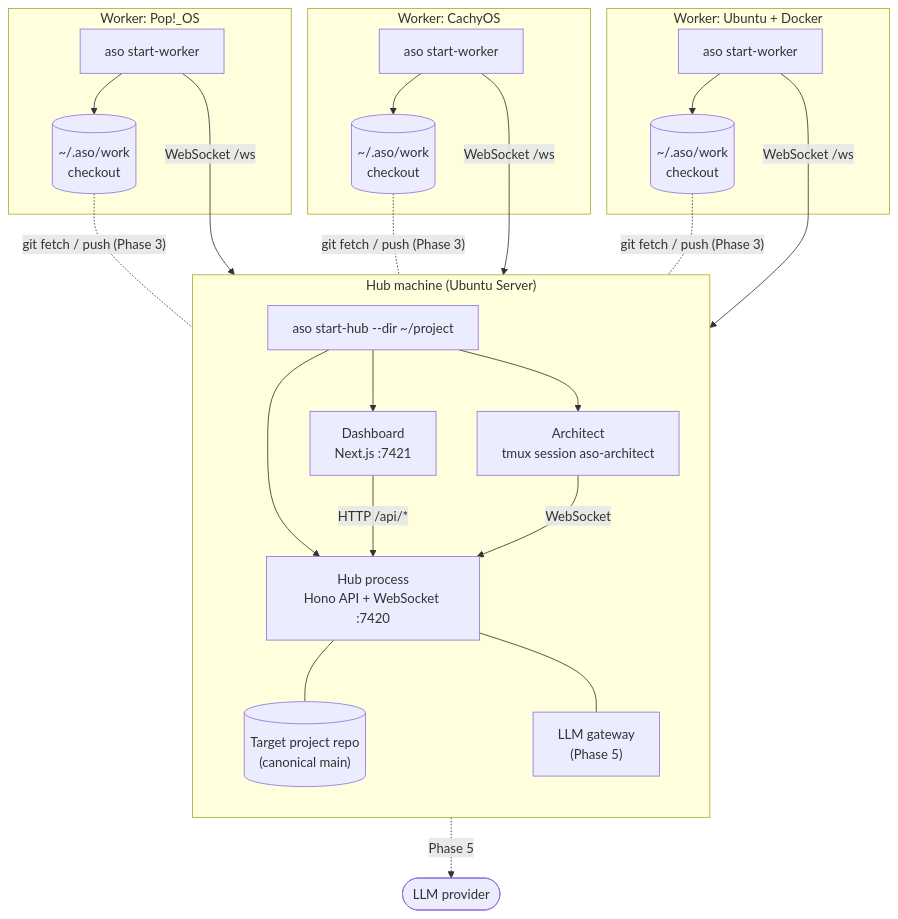
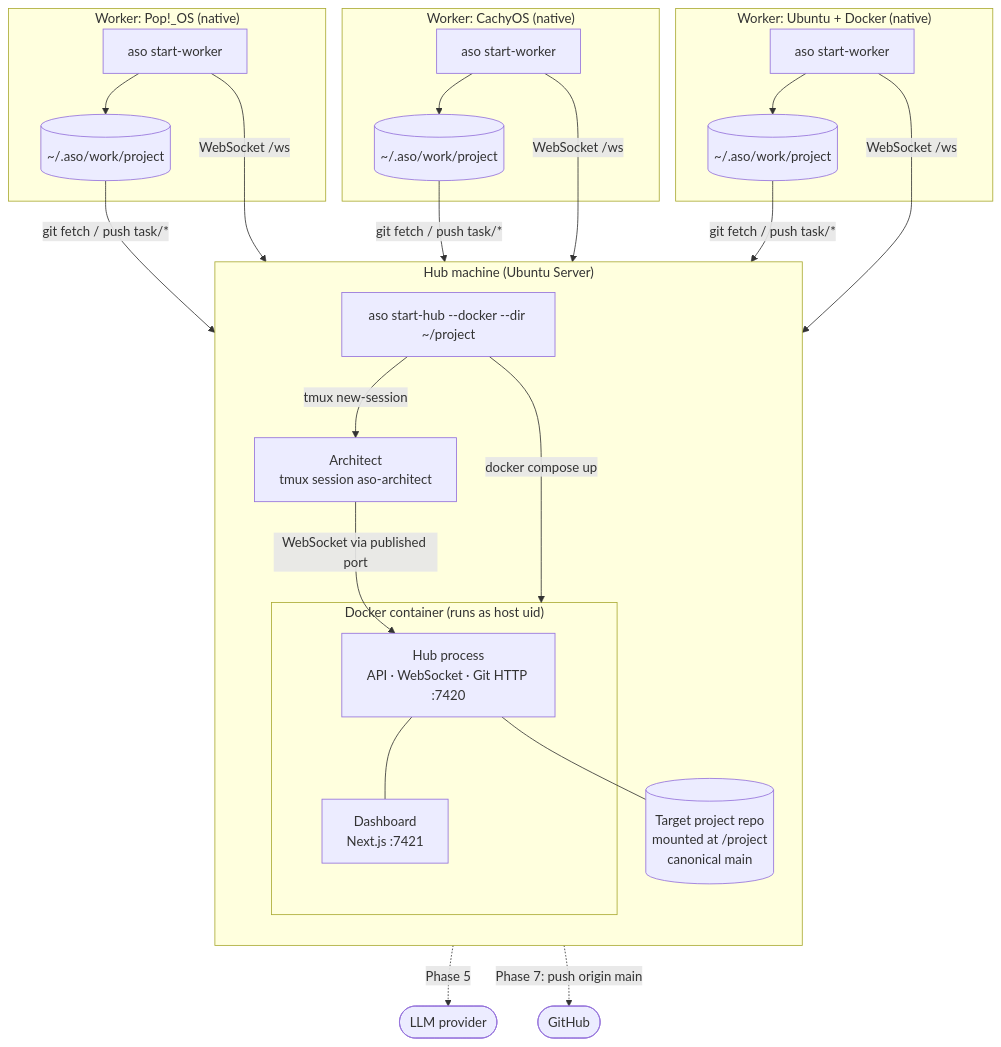
The first of 10 diagrams in ARCHITECTURE.md (Sys64k/ai-swarm-orchestrator), drawn with Mermaid before and after one commit. The commit also changed other lines of this file and 24 other files, not shown here.

````diff
--- a/ARCHITECTURE.md
+++ b/ARCHITECTURE.md
@@ -35,37 +38,37 @@
 ```mermaid
 flowchart TB
   subgraph HUBM["Hub machine (Ubuntu Server)"]
     direction TB
-    CLIH["aso start-hub --dir ~/project"]
-    HUB["Hub process<br/>Hono API + WebSocket :7420"]
-    DASH["Dashboard<br/>Next.js :7421"]
+    CLIH["aso start-hub --docker --dir ~/project"]
+    subgraph CTR["Docker container (runs as host uid)"]
+      HUB["Hub process<br/>API · WebSocket · Git HTTP :7420"]
+      DASH["Dashboard<br/>Next.js :7421"]
+      HUB --- DASH
+    end
     ARCH["Architect<br/>tmux session aso-architect"]
-    REPO[("Target project repo<br/>(canonical main)")]
-    LLM["LLM gateway<br/>(Phase 5)"]
-    CLIH --> HUB
-    CLIH --> DASH
-    CLIH --> ARCH
+    REPO[("Target project repo<br/>mounted at /project<br/>canonical main")]
+    CLIH -- "docker compose up" --> CTR
+    CLIH -- "tmux new-session" --> ARCH
     HUB --- REPO
-    HUB --- LLM
-    DASH -- "HTTP /api/*" --> HUB
-    ARCH -- "WebSocket" --> HUB
+    ARCH -- "WebSocket via published port" --> HUB
   end
 
-  subgraph W1["Worker: Pop!_OS"]
-    WA["aso start-worker"] --> WA_CO[("~/.aso/work<br/>checkout")]
+  subgraph W1["Worker: Pop!_OS (native)"]
+    WA["aso start-worker"] --> WA_CO[("~/.aso/work/project")]
   end
-  subgraph W2["Worker: CachyOS"]
-    WB["aso start-worker"] --> WB_CO[("~/.aso/work<br/>checkout")]
+  subgraph W2["Worker: CachyOS (native)"]
+    WB["aso start-worker"] --> WB_CO[("~/.aso/work/project")]
   end
-  subgraph W3["Worker: Ubuntu + Docker"]
-    WC["aso start-worker"] --> WC_CO[("~/.aso/work<br/>checkout")]
+  subgraph W3["Worker: Ubuntu + Docker (native)"]
+    WC["aso start-worker"] --> WC_CO[("~/.aso/work/project")]
   end
 
   WA -- "WebSocket /ws" --> HUB
   WB -- "WebSocket /ws" --> HUB
   WC -- "WebSocket /ws" --> HUB
-  WA_CO -. "git fetch / push (Phase 3)" .- REPO
-  WB_CO -. "git fetch / push (Phase 3)" .- REPO
-  WC_CO -. "git fetch / push (Phase 3)" .- REPO
-  LLM -. "Phase 5" .-> EXT(["LLM provider"])
+  WA_CO -- "git fetch / push task/*" --> HUB
+  WB_CO -- "git fetch / push task/*" --> HUB
+  WC_CO -- "git fetch / push task/*" --> HUB
+  HUB -. "Phase 5" .-> EXT(["LLM provider"])
+  REPO -. "Phase 7: push origin main" .-> GH(["GitHub"])
 ```
````
